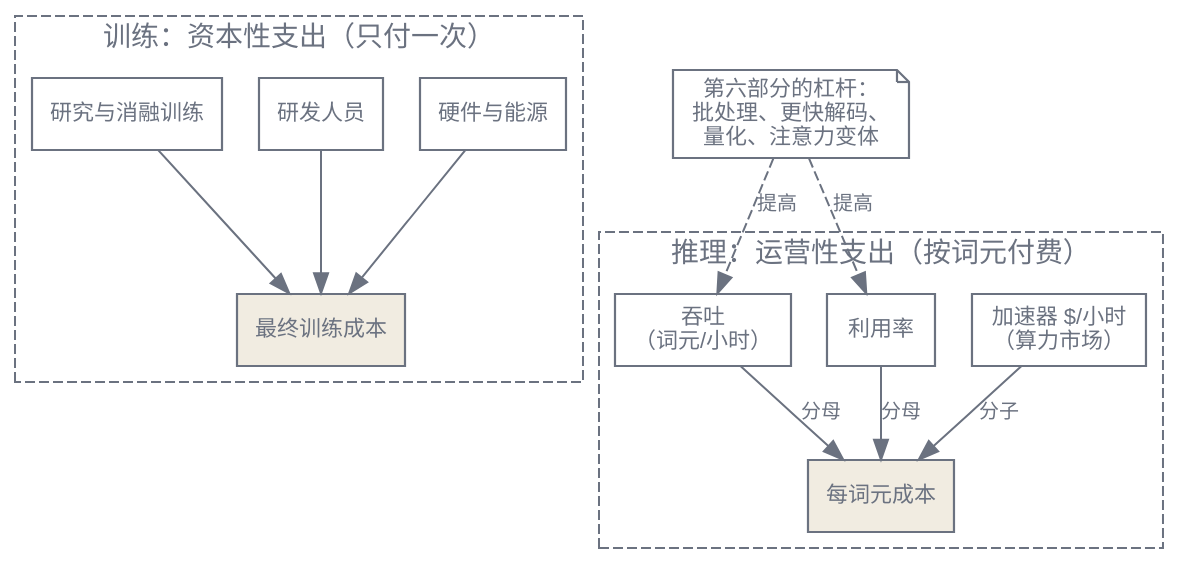
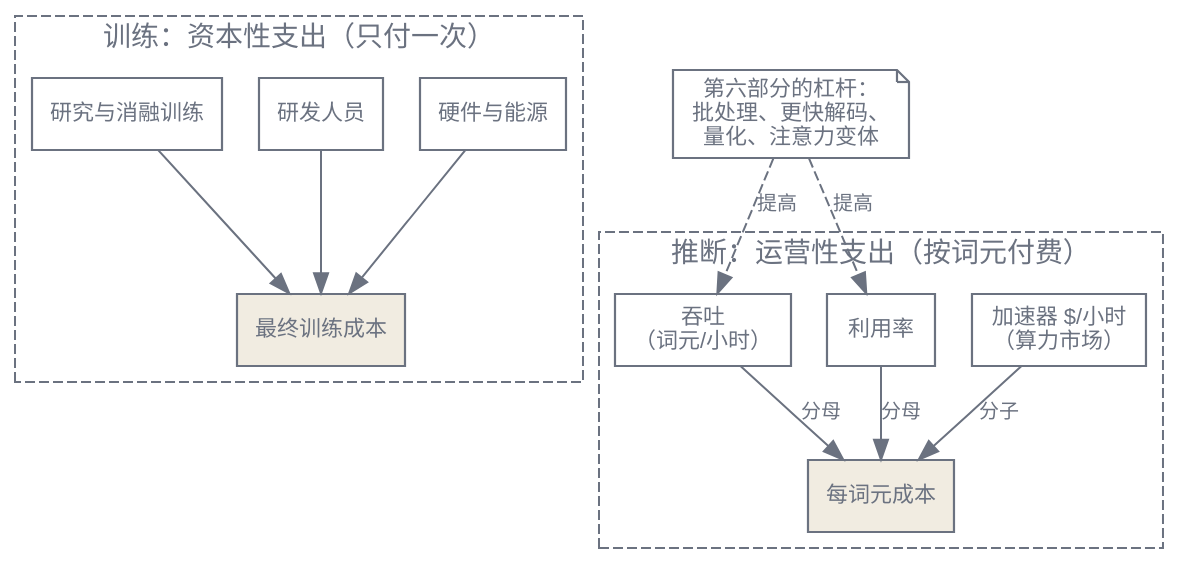
Before and after one commit to latere-ai/ai-as-an-infrastructure: the first of 2 diagrams in zh/ecosystem/03-economics.qmd, drawn with Graphviz. The commit also changed other lines of this file, not shown here.

````diff
--- a/zh/ecosystem/03-economics.qmd
+++ b/zh/ecosystem/03-economics.qmd
@@ -30,42 +30,42 @@
 ```{dot}
 //| label: fig-economics-cost-structures
-//| fig-cap: "两种成本结构的分解。训练是若干一次性部分之和，在任何价值返回之前就已付出。推理是按词元的比值，分母正是服务栈进攻的对象。"
+//| fig-cap: "两种成本结构的分解。训练是若干一次性部分之和，在任何价值返回之前就已付出。推断是按词元的比值，分母正是服务栈进攻的对象。"
 digraph cost_structures {
   bgcolor="transparent";
   rankdir=TB;
   node [shape=box, fontname="Helvetica", fontsize=11, color="#6b7280", fontcolor="#6b7280", penwidth=1.1];
   edge [fontname="Helvetica", fontsize=10, color="#6b7280", fontcolor="#6b7280"];
 
   subgraph cluster_capex {
     label="训练：资本性支出（只付一次）";
     style=dashed;
     color="#6b7280";
     fontcolor="#6b7280";
     train [label="最终训练成本", shape=box, style=filled, fillcolor="#f1ece1"];
     hw [label="硬件与能源"];
     rnd [label="研发人员"];
     abl [label="研究与消融训练"];
     hw -> train;
     rnd -> train;
     abl -> train;
   }
 
   subgraph cluster_opex {
-    label="推理：运营性支出（按词元付费）";
+    label="推断：运营性支出（按词元付费）";
     style=dashed;
     color="#6b7280";
     fontcolor="#6b7280";
     unit [label="每词元成本", shape=box, style=filled, fillcolor="#f1ece1"];
     price [label="加速器 $/小时\n（算力市场）"];
     thr [label="吞吐\n（词元/小时）"];
     util [label="利用率"];
     price -> unit [label="分子"];
     thr -> unit [label="分母"];
     util -> unit [label="分母"];
   }
 
   lever [label="第六部分的杠杆：\n批处理、更快解码、\n量化、注意力变体", shape=note];
   lever -> thr [style=dashed, label="提高"];
   lever -> util [style=dashed, label="提高"];
 }
 ```
````
